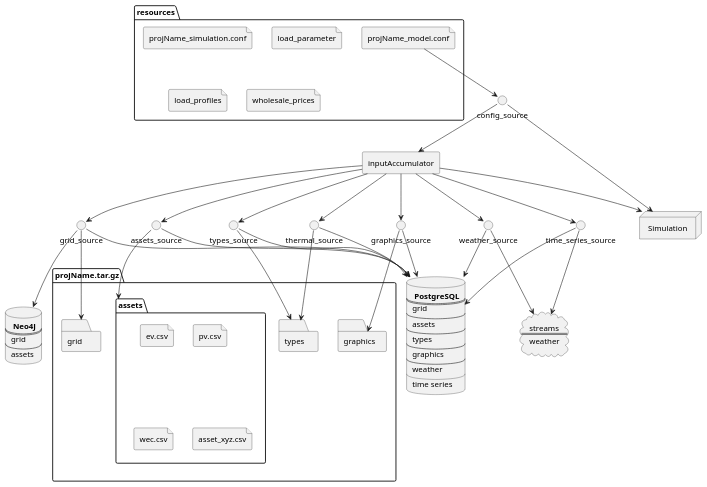
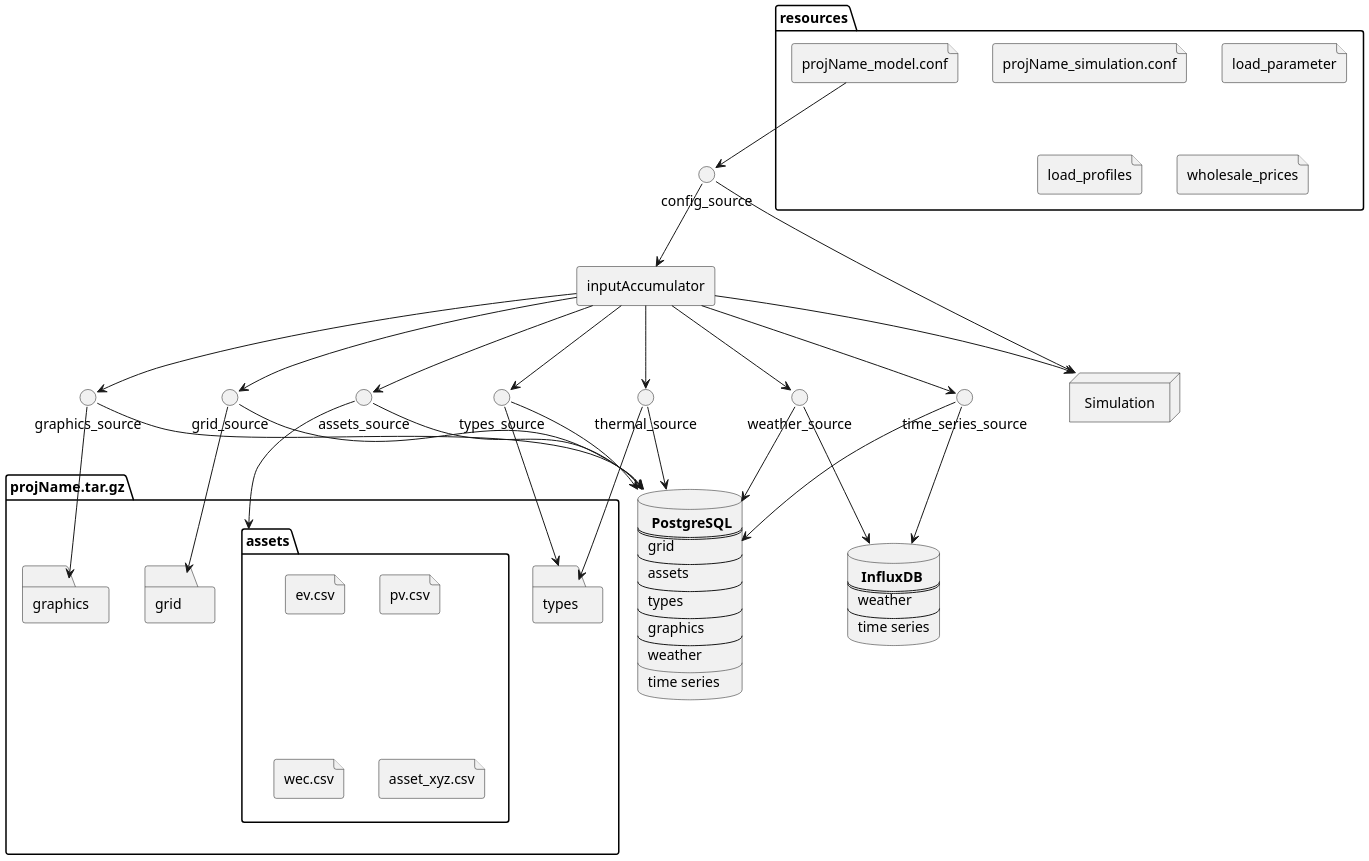
Before and after one commit to ie3-institute/PowerSystemDataModel: the diagram in docs/uml/main/InputDataDeployment.puml, drawn with PlantUML. The commit also changed 8 other files, not shown here.

```diff
--- a/docs/uml/main/InputDataDeployment.puml
+++ b/docs/uml/main/InputDataDeployment.puml
@@ -1,96 +1,108 @@
 @startuml
+scale 2048 width
+scale 1538 height
+
 database psql [
     <b> PostgreSQL
     ==
     grid
     --
     assets
     --
     types
     --
     graphics
     --
     weather
     __
     time series
 ]
-database neo4j [
-    <b> Neo4J
+database influxdb [
+    <b> InfluxDB
     ==
-    grid
+    weather
     --
-    assets
+    time series
 ]
+
+'Not yet implemented
+'database neo4j [
+'    <b> Neo4J
+'    ==
+'    grid
+'    --
+'    assets
+']
 folder projName.tar.gz {
 folder assets {
 file ev.csv
 file pv.csv
 file wec.csv
 file asset_xyz.csv
 }
 folder grid
 folder types
 folder graphics
 }
 folder resources {
 file projName_model.conf
 file projName_simulation.conf
 file load_parameter
 file load_profiles
 file wholesale_prices
 }
-cloud streams [
-streams
-==
-weather
-]
+'Not yet implemented
+'cloud streams [
+'streams
+'==
+'weather
+']
 interface grid_source
 interface assets_source
 interface types_source
 interface thermal_source
 interface graphics_source
 interface weather_source
 interface time_series_source
 interface config_source
 agent inputAccumulator
 node "Simulation"
 
 grid_source --> psql
-grid_source --> neo4j
 grid_source --> grid
 
 assets_source --> psql
 assets_source --> assets
 
 types_source --> psql
 types_source --> types
 
 thermal_source --> psql
 thermal_source --> types
 
 graphics_source --> psql
 graphics_source --> graphics
 
 weather_source --> psql
-weather_source --> streams
+weather_source --> influxdb
 
 time_series_source --> psql
-time_series_source --> streams
+time_series_source --> influxdb
 
 config_source --> inputAccumulator
 
 inputAccumulator --> grid_source
 inputAccumulator --> assets_source
 inputAccumulator --> types_source
 inputAccumulator --> graphics_source
 inputAccumulator --> weather_source
 inputAccumulator --> time_series_source
 inputAccumulator --> thermal_source
 
 projName_model.conf --> config_source
 
 config_source --> Simulation
 
 inputAccumulator --> Simulation
 
 @enduml
```
